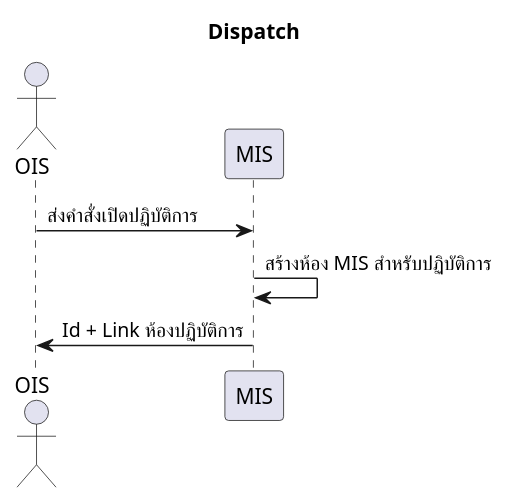
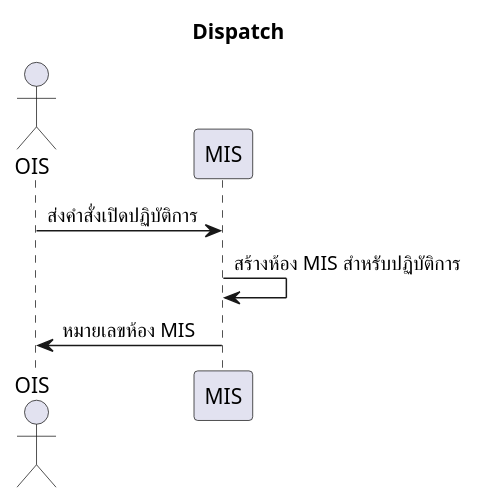
One commit to lionants02/mis-api-doc changed the diagram in uml/create_dispatch.plantuml. Above: the diagram before and after it, drawn with PlantUML. The commit also changed 2 other files, not shown here.

```diff
--- a/uml/create_dispatch.plantuml
+++ b/uml/create_dispatch.plantuml
@@ -1,7 +1,7 @@
 @startuml
 Title Dispatch
 actor OIS
   OIS -> MIS: ส่งคำสั่งเปิดปฏิบัติการ
   MIS -> MIS: สร้างห้อง MIS สำหรับปฏิบัติการ
-  OIS <- MIS: Id + Link ห้องปฏิบัติการ
+  OIS <- MIS: หมายเลขห้อง MIS
 @enduml
```
